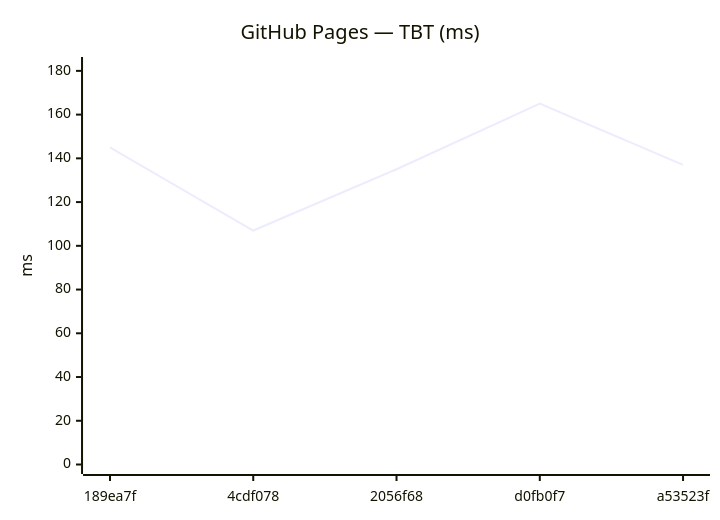
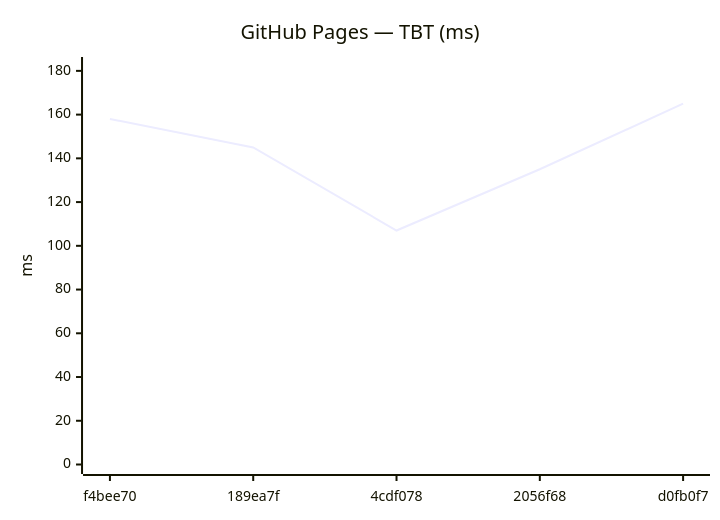
The tenth of 18 diagrams in benchmarks/compare.md (Metaheurist/Rianell), drawn with Mermaid before and after one commit. The commit also changed other lines of this file and 11 other files, not shown here.

````diff
--- a/benchmarks/compare.md
+++ b/benchmarks/compare.md
@@ -149,7 +149,7 @@
 ```mermaid
 xychart-beta
     title "GitHub Pages — TBT (ms)"
-    x-axis ["189ea7f", "4cdf078", "2056f68", "d0fb0f7", "a53523f"]
+    x-axis ["f4bee70", "189ea7f", "4cdf078", "2056f68", "d0fb0f7"]
     y-axis "ms" 0 --> 182
-    line [145, 107, 135, 165, 137]
+    line [158, 145, 107, 135, 165]
 ```
````
